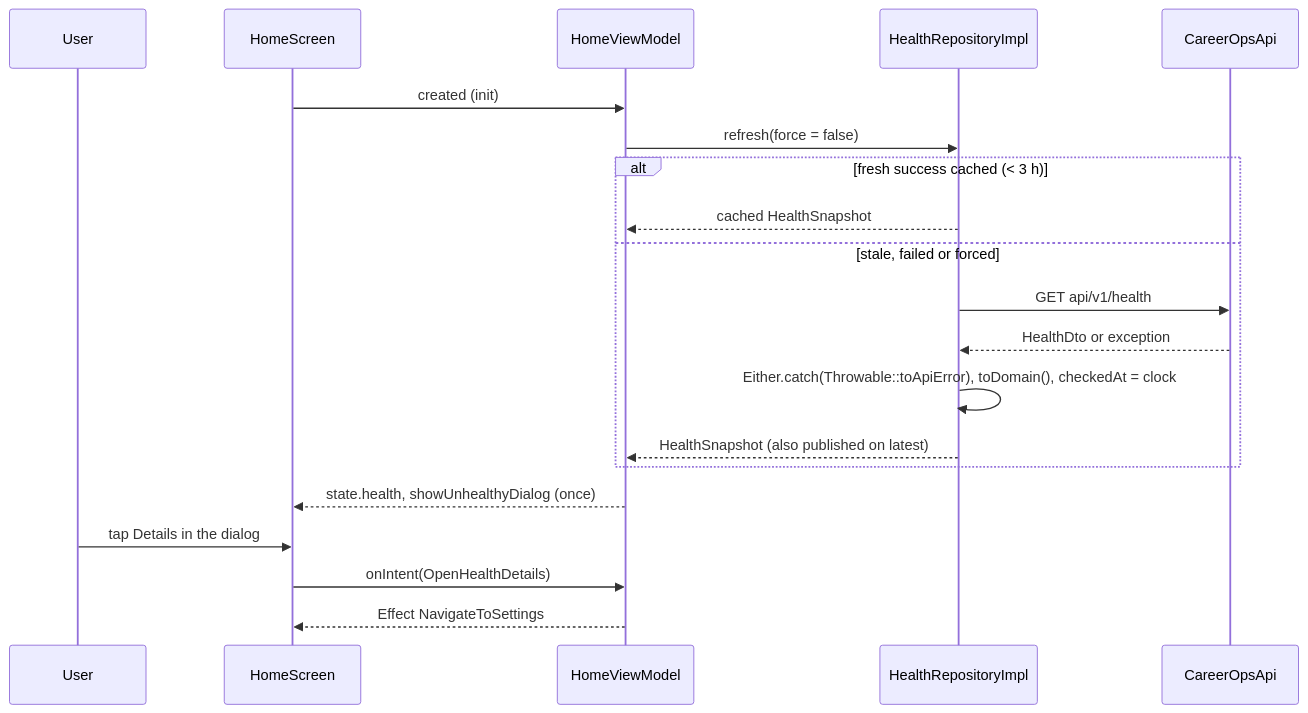
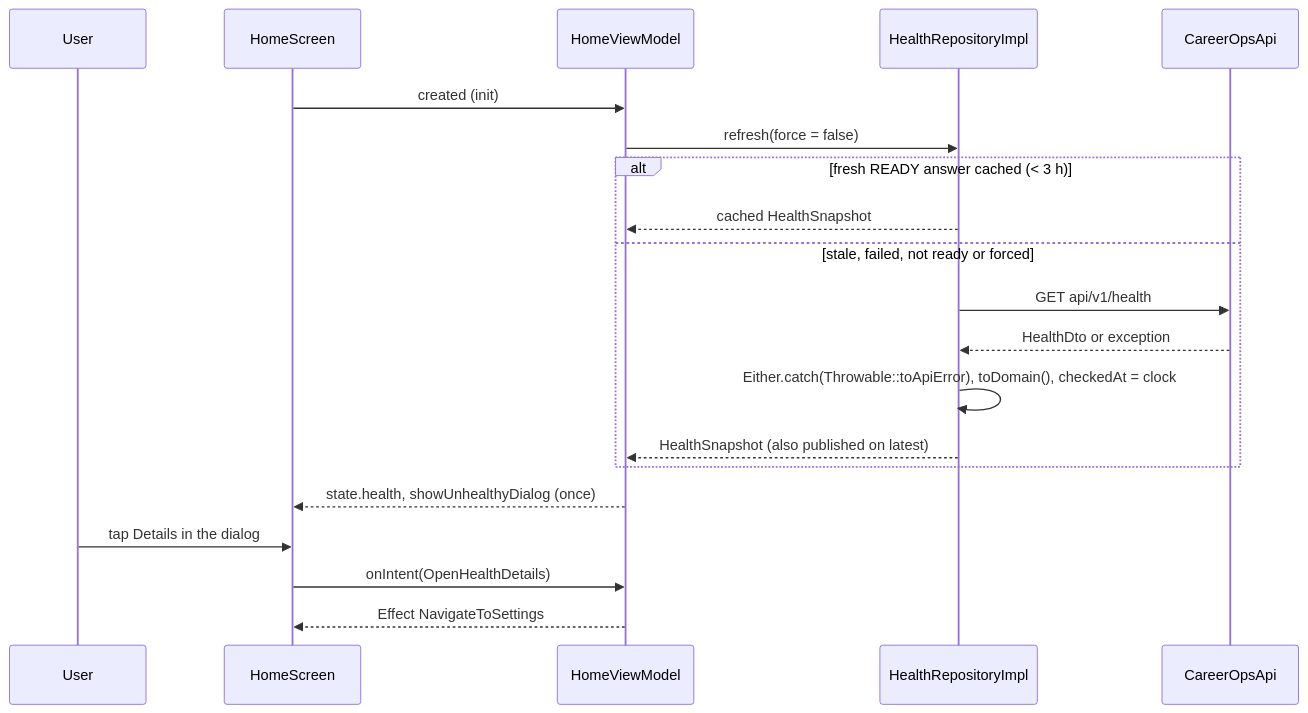
The third of 4 diagrams in android/docs/system-architecture.md (dthuy62/jobflow), drawn with Mermaid before and after one commit. The commit also changed other lines of this file and 23 other files, not shown here.

````diff
--- a/android/docs/system-architecture.md
+++ b/android/docs/system-architecture.md
@@ -54,22 +54,22 @@
 ```mermaid
 sequenceDiagram
     participant U as User
     participant S as HomeScreen
     participant V as HomeViewModel
     participant R as HealthRepositoryImpl
     participant A as CareerOpsApi
     S->>V: created (init)
     V->>R: refresh(force = false)
-    alt fresh success cached (< 3 h)
+    alt fresh READY answer cached (< 3 h)
         R-->>V: cached HealthSnapshot
-    else stale, failed or forced
+    else stale, failed, not ready or forced
         R->>A: GET api/v1/health
         A-->>R: HealthDto or exception
         R->>R: Either.catch(Throwable::toApiError), toDomain(), checkedAt = clock
         R-->>V: HealthSnapshot (also published on latest)
     end
     V-->>S: state.health, showUnhealthyDialog (once)
     U->>S: tap Details in the dialog
     S->>V: onIntent(OpenHealthDetails)
     V-->>S: Effect NavigateToSettings
 ```
````
